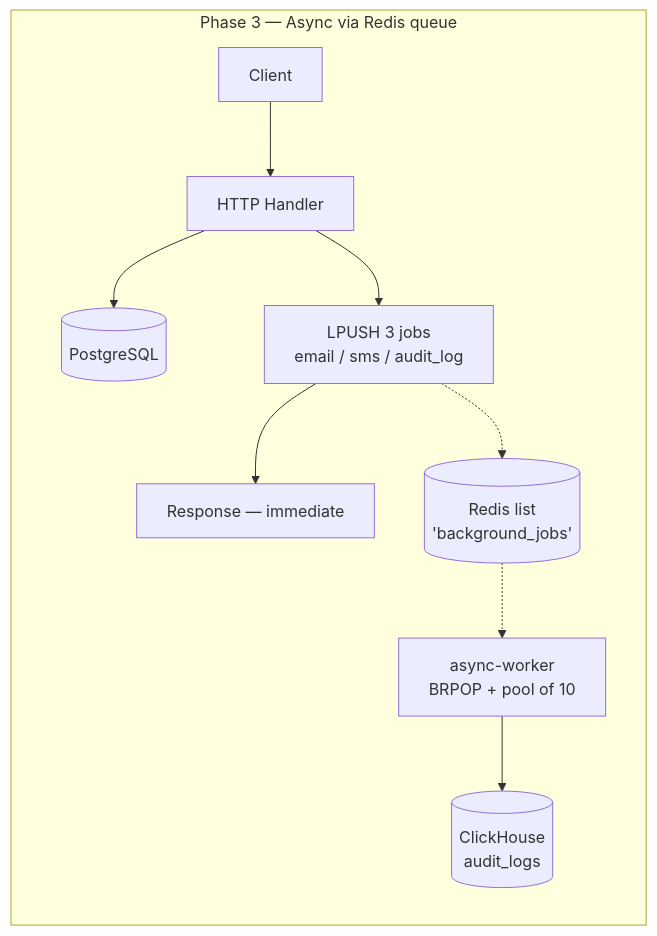
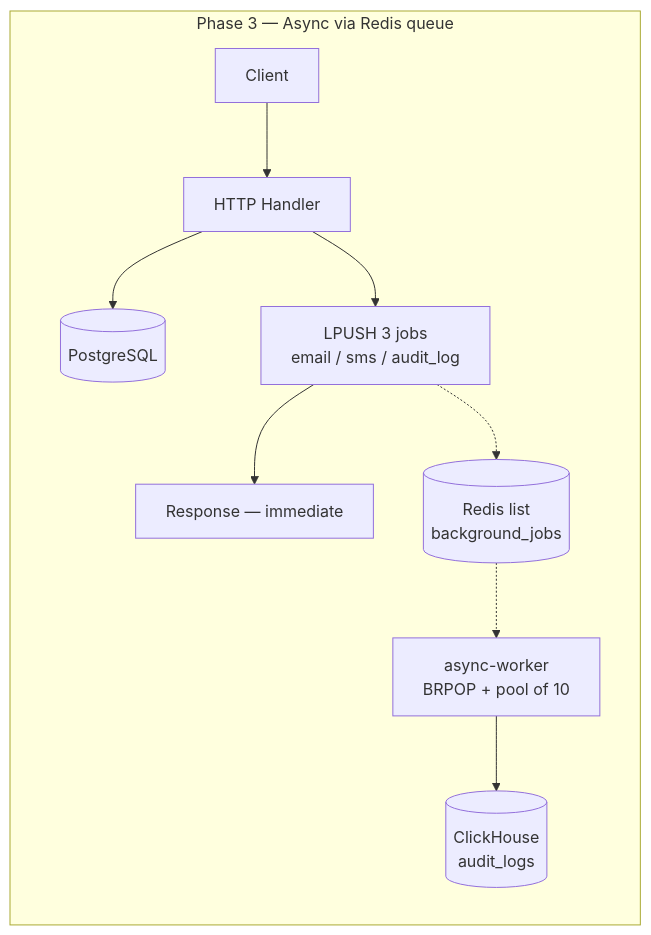
Before and after one commit to Amine-DevAI/sync-vs-async-booking-engine: the third of 4 diagrams in README.md, drawn with Mermaid. The commit also changed other lines of this file, not shown here.

````diff
--- a/README.md
+++ b/README.md
@@ -86,12 +88,12 @@
 ```mermaid
 flowchart LR
     subgraph Phase3["Phase 3 — Async via Redis queue"]
         C3[Client] --> H3[HTTP Handler]
         H3 --> P3[(PostgreSQL)]
-        H3 --> Q3[LPUSH 3 jobs<br/>email / sms / audit_log]
-        Q3 --> R3[Response — immediate]
-        Q3 -.-> RD[(Redis list<br/>'background_jobs')]
-        RD -.-> W3[async-worker<br/>BRPOP + pool of 10]
+        H3 --> Q3["LPUSH 3 jobs<br/>email / sms / audit_log"]
+        Q3 --> R3["Response — immediate"]
+        Q3 -.-> RD[("Redis list<br/>background_jobs")]
+        RD -.-> W3["async-worker<br/>BRPOP + pool of 10"]
         W3 --> CH[(ClickHouse<br/>audit_logs)]
     end
 ```
````
